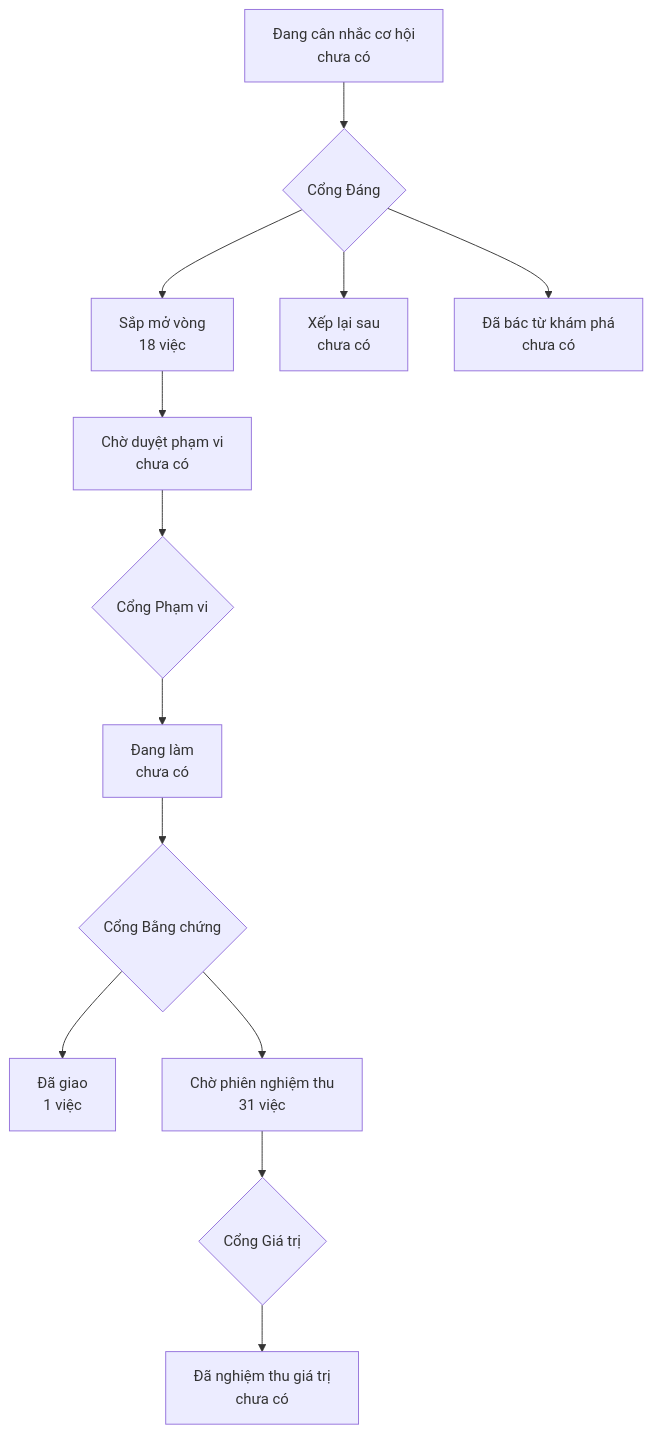
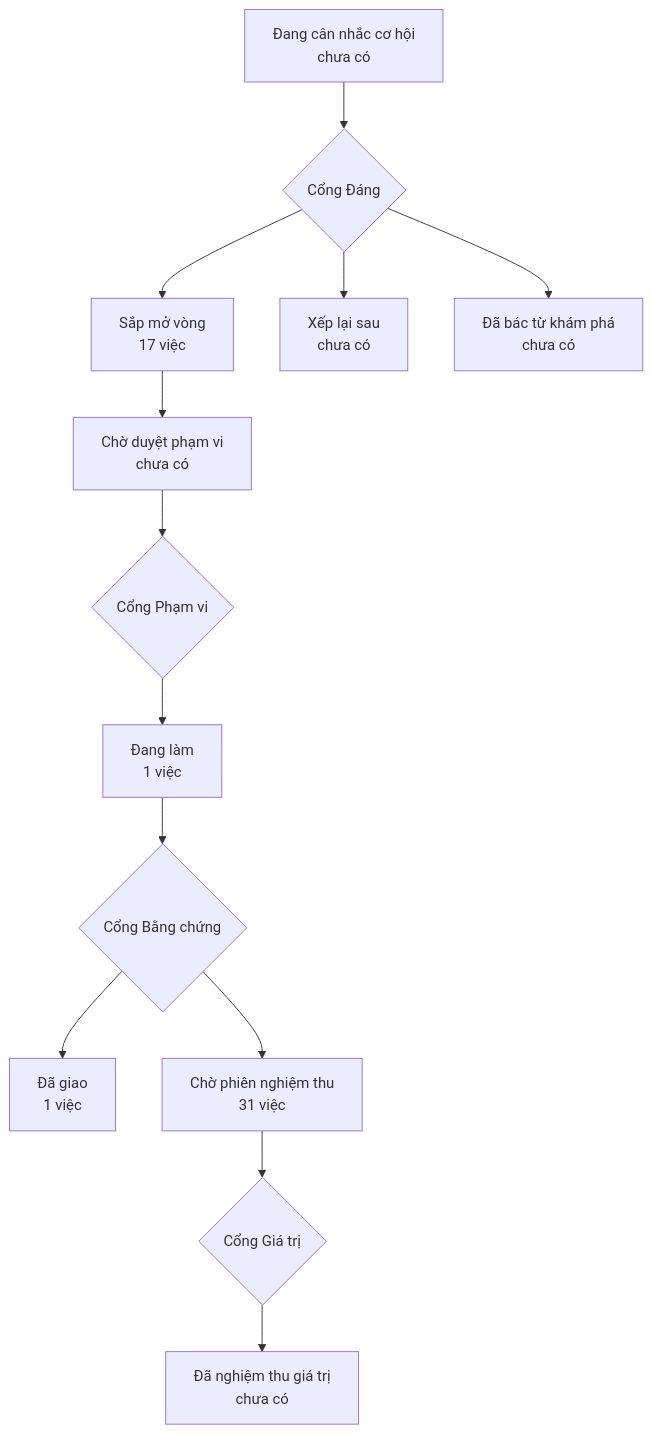
Before and after one commit to phanlemanh/onehub-inventory: the diagram in PRODUCT-MAP.md, drawn with Mermaid. The commit also changed other lines of this file and 3 other files, not shown here.

````diff
--- a/PRODUCT-MAP.md
+++ b/PRODUCT-MAP.md
@@ -7,12 +7,12 @@
 ```mermaid
 flowchart TD
   A["Đang cân nhắc cơ hội<br/>chưa có"] --> GD{"Cổng Đáng"}
-  GD --> B["Sắp mở vòng<br/>18 việc"]
+  GD --> B["Sắp mở vòng<br/>17 việc"]
   GD --> XL["Xếp lại sau<br/>chưa có"]
   GD --> DB["Đã bác từ khám phá<br/>chưa có"]
   B --> CD["Chờ duyệt phạm vi<br/>chưa có"] --> GP{"Cổng Phạm vi"}
-  GP --> DL["Đang làm<br/>chưa có"] --> GB{"Cổng Bằng chứng"}
+  GP --> DL["Đang làm<br/>1 việc"] --> GB{"Cổng Bằng chứng"}
   GB --> DG["Đã giao<br/>1 việc"]
   GB --> CN["Chờ phiên nghiệm thu<br/>31 việc"] --> GG{"Cổng Giá trị"}
   GG --> NT["Đã nghiệm thu giá trị<br/>chưa có"]
 ```
````
